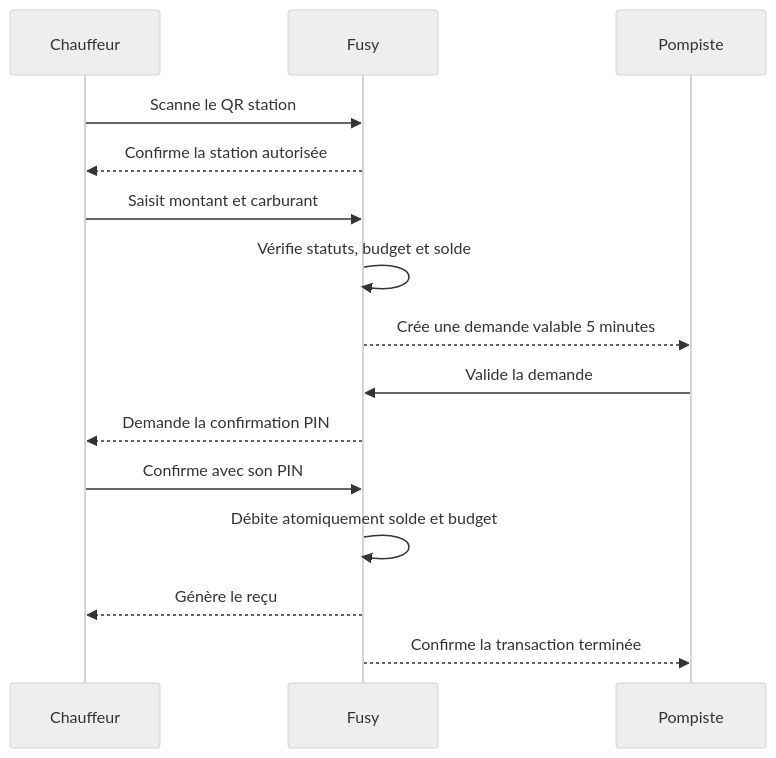
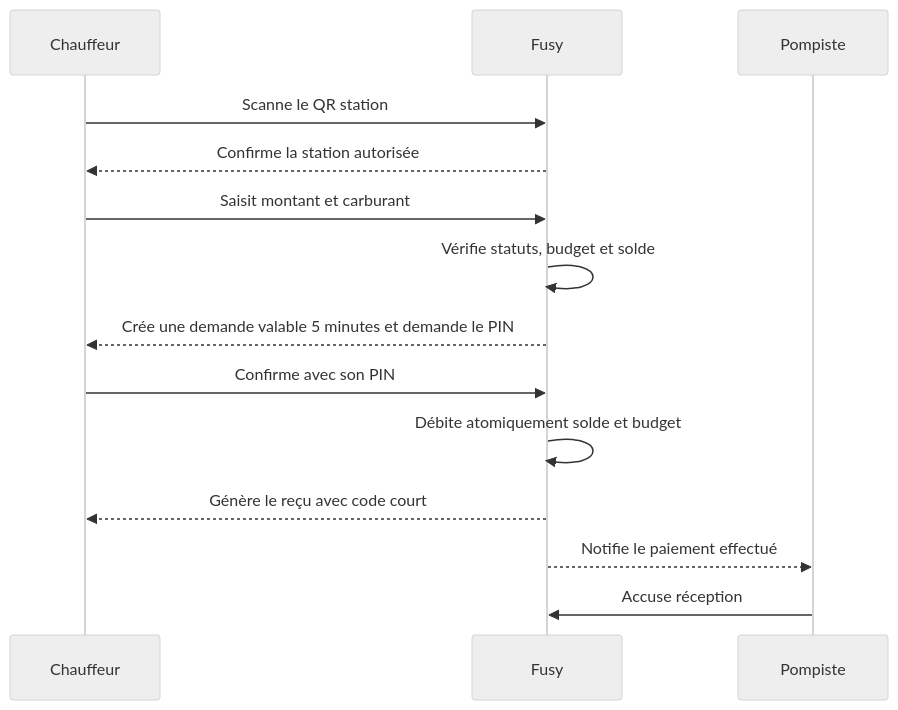
The diagram in design-briefs/00-shared/product-foundation.md (douglace/fueleasy), drawn with Mermaid (neutral theme) before and after one commit. The commit also changed other lines of this file and 31 other files, not shown here.

First line of the commit message:
docs: aligner flux transaction sur le code (paiement direct PIN, pompiste = consultation)

````diff
--- a/design-briefs/00-shared/product-foundation.md
+++ b/design-briefs/00-shared/product-foundation.md
@@ -60,17 +60,16 @@
 ```mermaid
 sequenceDiagram
     participant C as Chauffeur
     participant F as Fusy
     participant P as Pompiste
     C->>F: Scanne le QR station
     F-->>C: Confirme la station autorisée
     C->>F: Saisit montant et carburant
     F->>F: Vérifie statuts, budget et solde
-    F-->>P: Crée une demande valable 5 minutes
-    P->>F: Valide la demande
-    F-->>C: Demande la confirmation PIN
+    F-->>C: Crée une demande valable 5 minutes et demande le PIN
     C->>F: Confirme avec son PIN
     F->>F: Débite atomiquement solde et budget
-    F-->>C: Génère le reçu
-    F-->>P: Confirme la transaction terminée
+    F-->>C: Génère le reçu avec code court
+    F-->>P: Notifie le paiement effectué
+    P->>F: Accuse réception
 ```
````
